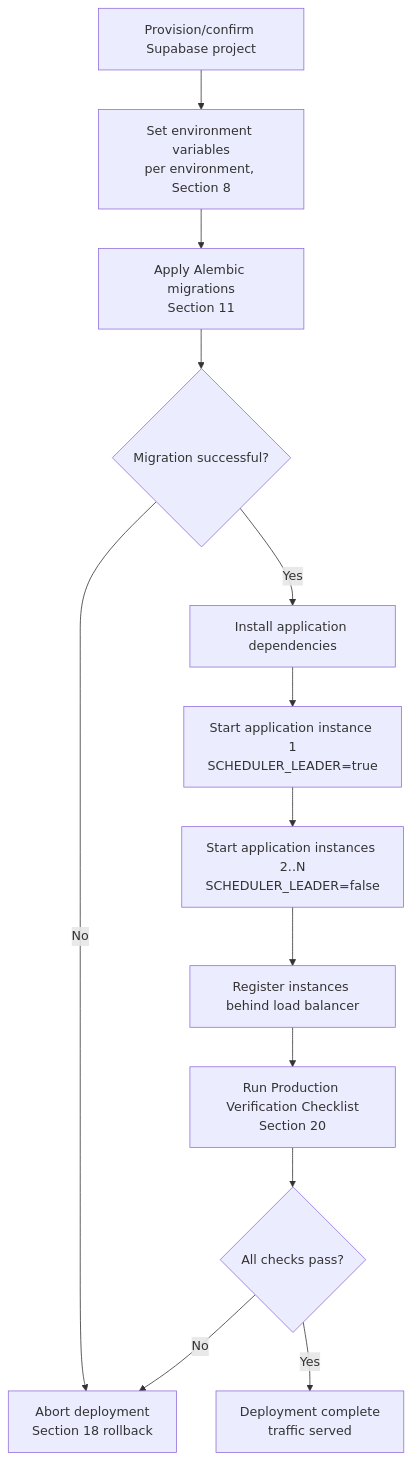
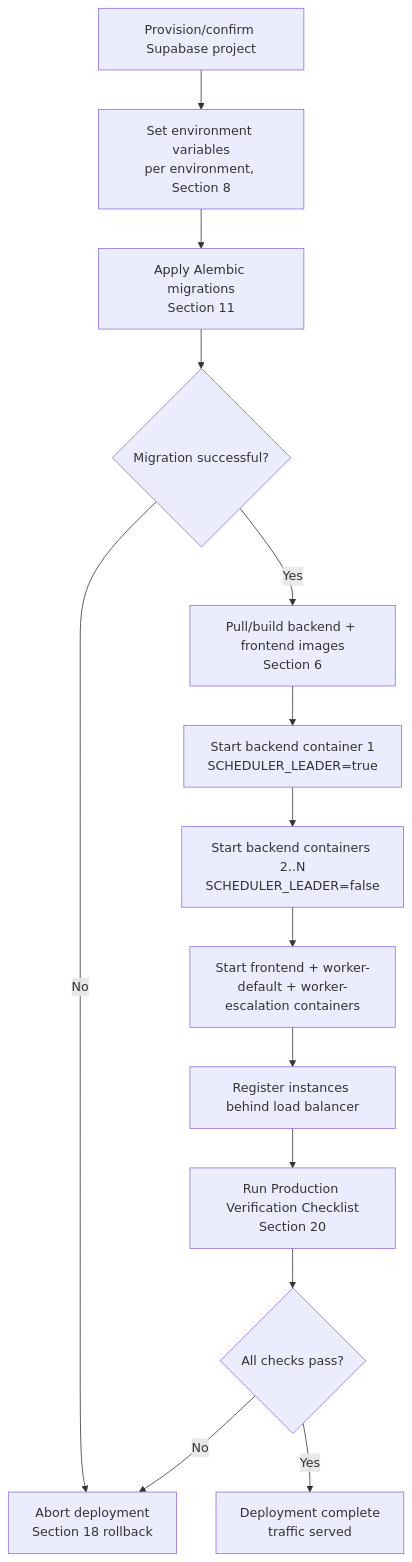
The second of 6 diagrams in docs/deployment.md (ayeshashahzad565-dev/enterprise-automation-hub), drawn with Mermaid before and after one commit. The commit also changed other lines of this file and 826 other files, not shown here.

````diff
--- a/docs/deployment.md
+++ b/docs/deployment.md
@@ -150,15 +164,16 @@
 ```mermaid
 flowchart TD
     A[Provision/confirm Supabase project] --> B[Set environment variables<br/>per environment, Section 8]
     B --> C[Apply Alembic migrations<br/>Section 11]
     C --> D{Migration successful?}
     D -->|No| D1[Abort deployment<br/>Section 18 rollback]
-    D -->|Yes| E[Install application dependencies]
-    E --> F[Start application instance 1<br/>SCHEDULER_LEADER=true]
-    F --> G[Start application instances 2..N<br/>SCHEDULER_LEADER=false]
-    G --> H[Register instances behind load balancer]
+    D -->|Yes| E[Pull/build backend + frontend images<br/>Section 6]
+    E --> F[Start backend container 1<br/>SCHEDULER_LEADER=true]
+    F --> G[Start backend containers 2..N<br/>SCHEDULER_LEADER=false]
+    G --> G2[Start frontend + worker-default + worker-escalation containers]
+    G2 --> H[Register instances behind load balancer]
     H --> I[Run Production Verification Checklist<br/>Section 20]
     I --> J{All checks pass?}
     J -->|No| D1
     J -->|Yes| K[Deployment complete<br/>traffic served]
 ```
````
